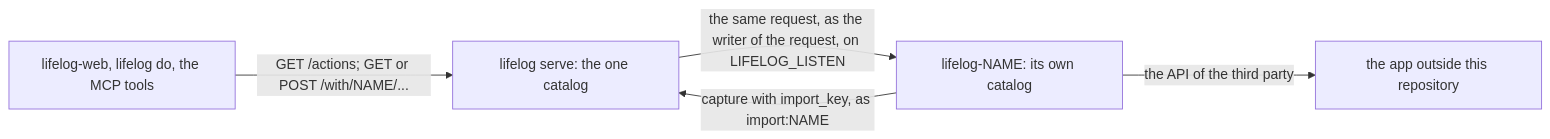
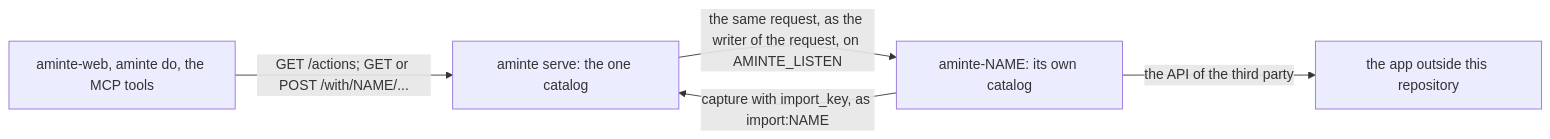
Before and after one commit to alexradunet/aminte: the third of 6 diagrams in extensions/README.md, drawn with Mermaid. The commit also changed other lines of this file and 554 other files, not shown here.

First line of the commit message:
rename the project from lifelog to aminte

````diff
--- a/extensions/README.md
+++ b/extensions/README.md
@@ -122,7 +122,7 @@
 ```mermaid
 flowchart LR
-  B["lifelog-web, lifelog do, the MCP tools"] -->|"GET /actions; GET or POST /with/NAME/..."| L["lifelog serve: the one catalog"]
-  L -->|"the same request, as the writer of the request, on LIFELOG_LISTEN"| A["lifelog-NAME: its own catalog"]
+  B["aminte-web, aminte do, the MCP tools"] -->|"GET /actions; GET or POST /with/NAME/..."| L["aminte serve: the one catalog"]
+  L -->|"the same request, as the writer of the request, on AMINTE_LISTEN"| A["aminte-NAME: its own catalog"]
   A -->|"capture with import_key, as import:NAME"| L
   A -->|"the API of the third party"| T["the app outside this repository"]
 ```
````
